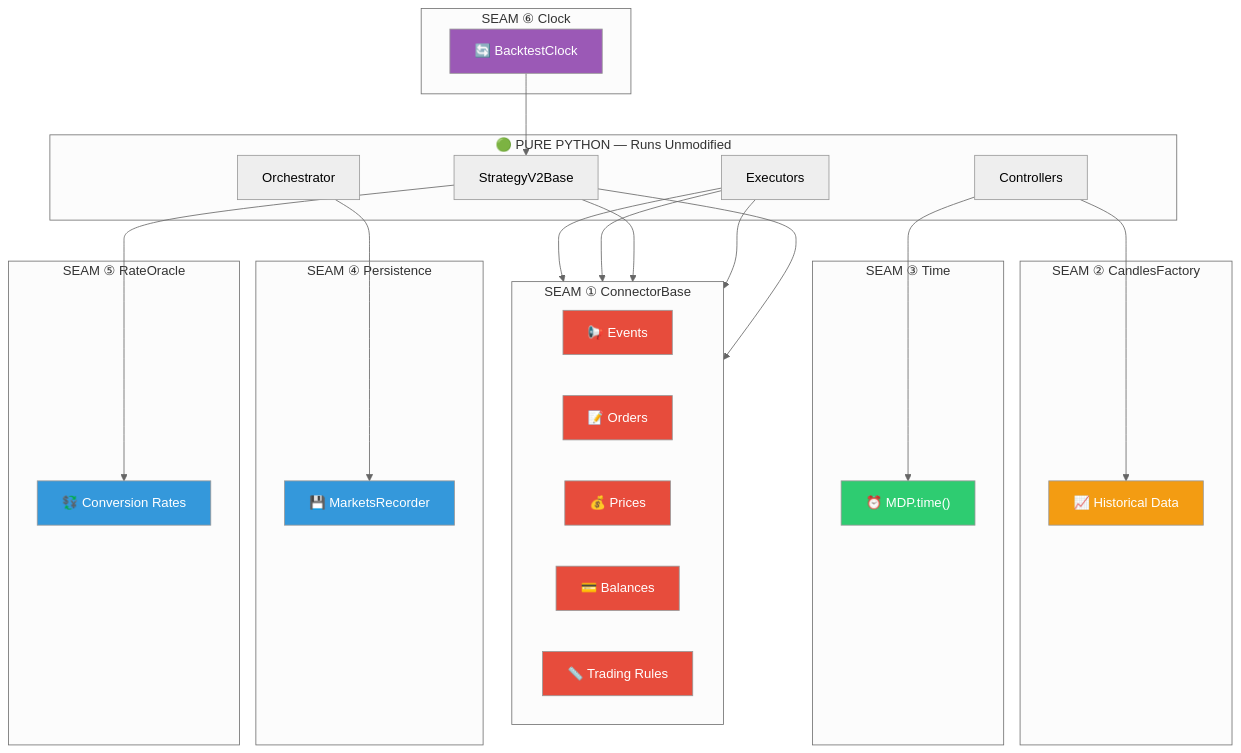
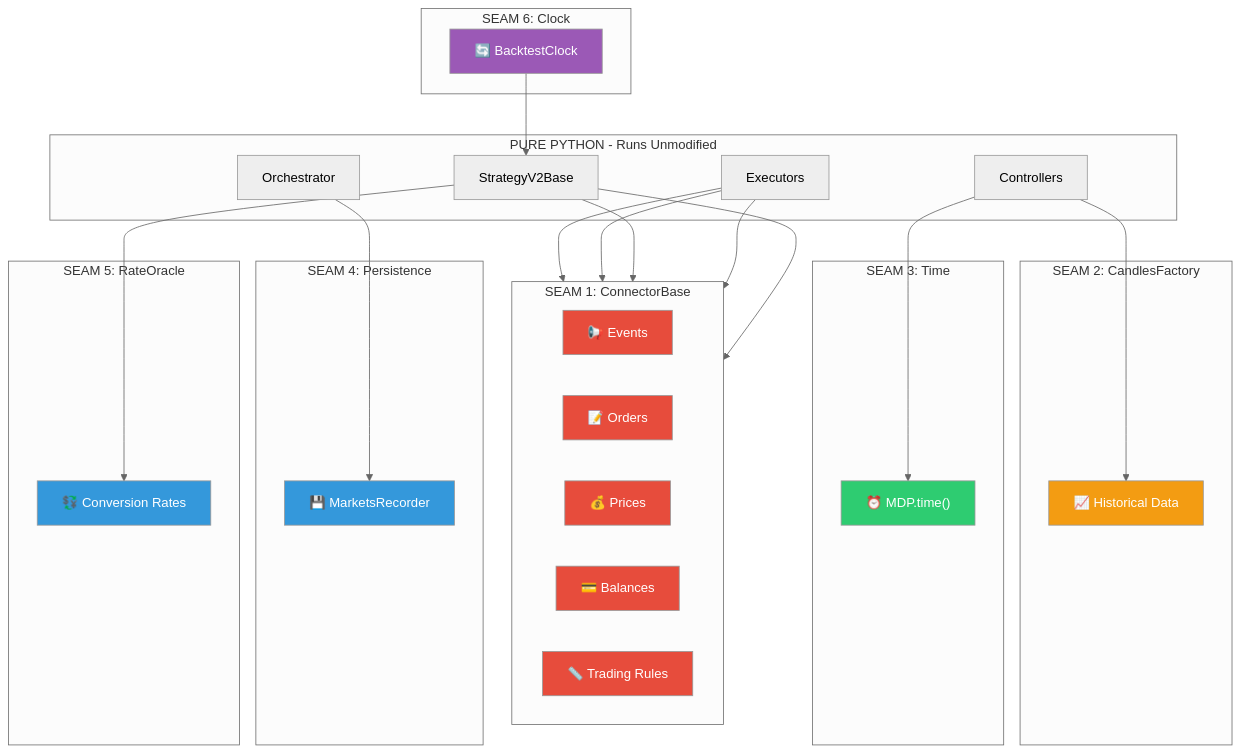
Before and after one commit to MementoRC/hummingbot: the third of 13 diagrams in sub-packages/market-simulator/docs/architecture/VISUAL-GUIDE.md, drawn with Mermaid (neutral theme).

Commit message:
fix: replace Unicode circled numbers in Mermaid for GitHub rendering
GitHub Mermaid renderer cannot handle Unicode circled numbers
in subgraph labels. Replace with plain numbers.

````diff
--- a/sub-packages/market-simulator/docs/architecture/VISUAL-GUIDE.md
+++ b/sub-packages/market-simulator/docs/architecture/VISUAL-GUIDE.md
@@ -96,60 +96,60 @@
 ```mermaid
 graph TB
-    subgraph "🟢 PURE PYTHON — Runs Unmodified"
+    subgraph "PURE PYTHON - Runs Unmodified"
         Strategy["StrategyV2Base"]
         Ctrl["Controllers"]
         Orch["Orchestrator"]
         Exec["Executors"]
     end
 
-    subgraph "SEAM ① ConnectorBase"
+    subgraph "SEAM 1: ConnectorBase"
         direction LR
         S1_Events["📢 Events"]
         S1_Orders["📝 Orders"]
         S1_Prices["💰 Prices"]
         S1_Balance["💳 Balances"]
         S1_Rules["📏 Trading Rules"]
     end
 
-    subgraph "SEAM ② CandlesFactory"
+    subgraph "SEAM 2: CandlesFactory"
         S2["📈 Historical Data"]
     end
 
-    subgraph "SEAM ③ Time"
+    subgraph "SEAM 3: Time"
         S3["⏰ MDP.time()"]
     end
 
-    subgraph "SEAM ④ Persistence"
+    subgraph "SEAM 4: Persistence"
         S4["💾 MarketsRecorder"]
     end
 
-    subgraph "SEAM ⑤ RateOracle"
+    subgraph "SEAM 5: RateOracle"
         S5["💱 Conversion Rates"]
     end
 
-    subgraph "SEAM ⑥ Clock"
+    subgraph "SEAM 6: Clock"
         S6["🔄 BacktestClock"]
     end
 
     Exec --> S1_Events
     Exec --> S1_Orders
     Strategy --> S1_Prices
     Exec --> S1_Balance
     Strategy --> S1_Rules
     Ctrl --> S2
     Ctrl --> S3
     Orch --> S4
     Strategy --> S5
     S6 --> Strategy
 
     style S1_Events fill:#e74c3c,color:#fff
     style S1_Orders fill:#e74c3c,color:#fff
     style S1_Prices fill:#e74c3c,color:#fff
     style S1_Balance fill:#e74c3c,color:#fff
     style S1_Rules fill:#e74c3c,color:#fff
     style S2 fill:#f39c12,color:#fff
     style S3 fill:#2ecc71,color:#fff
     style S4 fill:#3498db,color:#fff
     style S5 fill:#3498db,color:#fff
     style S6 fill:#9b59b6,color:#fff
 ```
````
